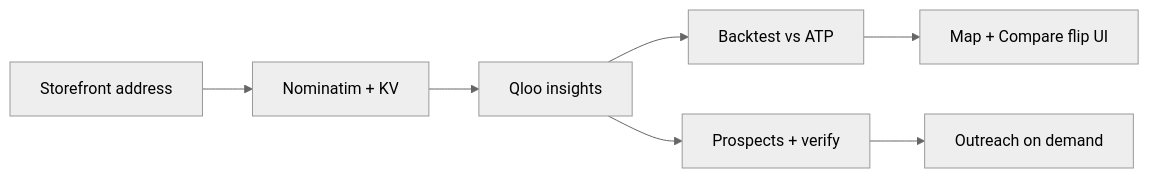
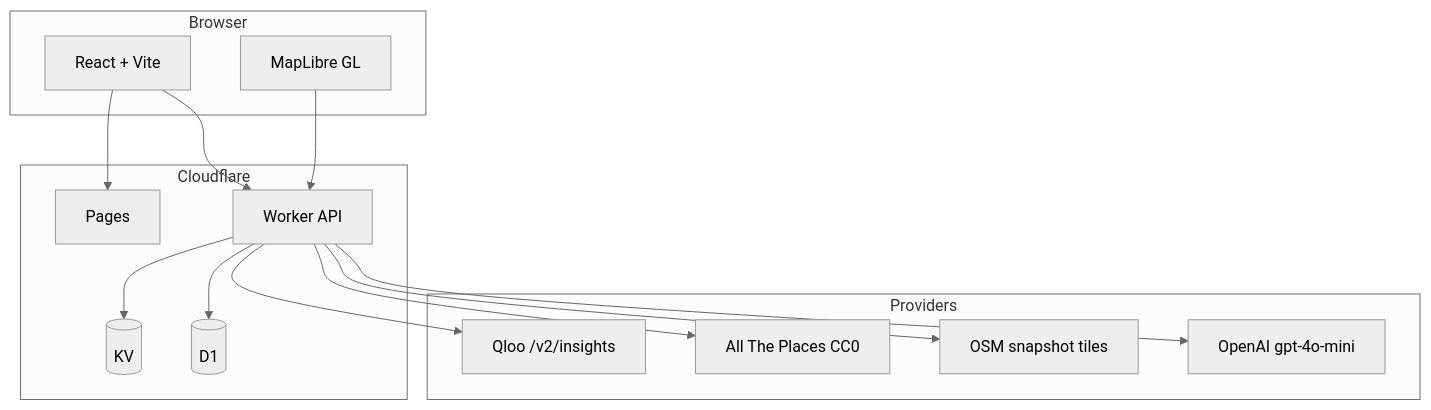
One commit to AtharvRaotole/LeaseUp changed the diagram in README.md. Above: the diagram before and after it, drawn with Mermaid (neutral theme). The commit also changed other lines of this file and 18 other files, not shown here.

````diff
--- a/README.md
+++ b/README.md
@@ -15,9 +39,28 @@
 ```mermaid
-flowchart LR
-  A[Storefront address] --> B[Nominatim + KV]
-  B --> C[Qloo insights]
-  C --> D[Backtest vs ATP]
-  C --> E[Prospects + verify]
-  E --> F[Outreach on demand]
-  D --> G[Map + Compare flip UI]
+flowchart TB
+  subgraph client [Browser]
+    Web[React + Vite]
+    Map[MapLibre GL]
+  end
+  subgraph cf [Cloudflare]
+    Pages[Pages]
+    Worker[Worker API]
+    KV[(KV)]
+    D1[(D1)]
+  end
+  subgraph data [Providers]
+    Qloo[Qloo /v2/insights]
+    ATP[All The Places CC0]
+    OSM[OSM snapshot tiles]
+    OAI[OpenAI gpt-4o-mini]
+  end
+  Web --> Pages
+  Web --> Worker
+  Map --> Worker
+  Worker --> KV
+  Worker --> D1
+  Worker --> Qloo
+  Worker --> ATP
+  Worker --> OSM
+  Worker --> OAI
 ```
````
